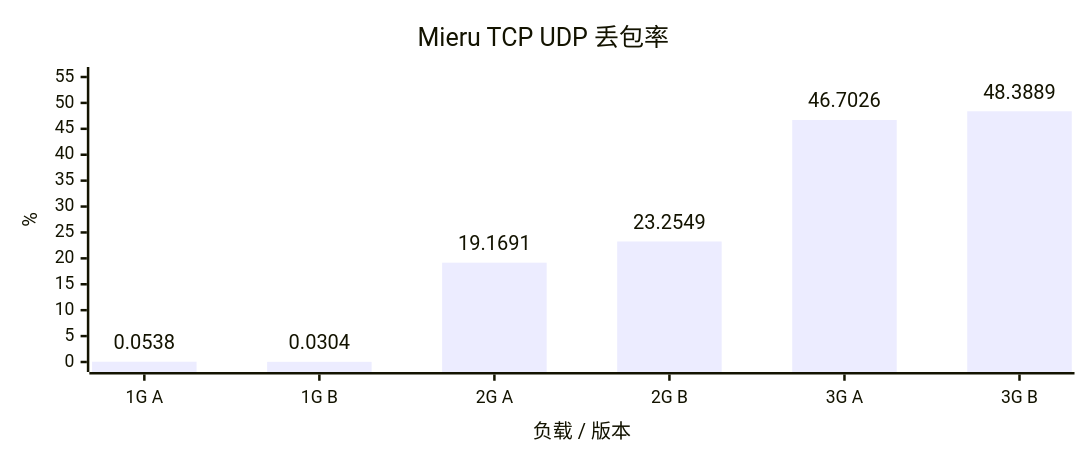
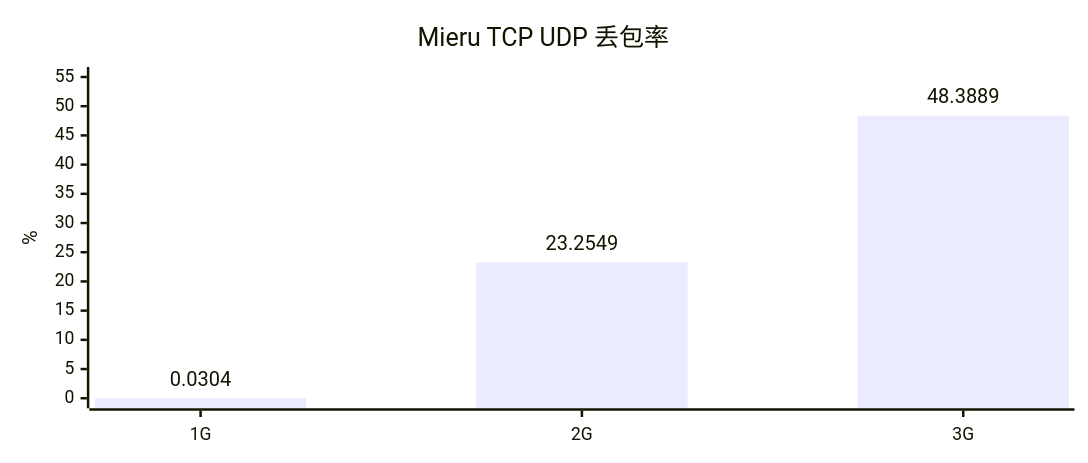
One commit to YuanDevTeam/Vole changed diagram 18 of 18 in docs/benchmark.md. Above: the diagram before and after it, drawn with Mermaid. The commit also changed other lines of this file and 14 other files, not shown here.

````diff
--- a/docs/benchmark.md
+++ b/docs/benchmark.md
@@ -343,15 +343,15 @@
 ```mermaid
 ---
 config:
   xyChart:
     width: 850
     height: 350
     showDataLabel: true
     showDataLabelOutsideBar: true
 ---
 xychart
     title "Mieru TCP UDP 丢包率"
-    x-axis "负载 / 版本" ["1G A", "1G B", "2G A", "2G B", "3G A", "3G B"]
+    x-axis ["1G", "2G", "3G"]
     y-axis "%" 0 --> 55
-    bar [0.0538, 0.0304, 19.1691, 23.2549, 46.7026, 48.3889]
+    bar [0.0304, 23.2549, 48.3889]
 ```
````
